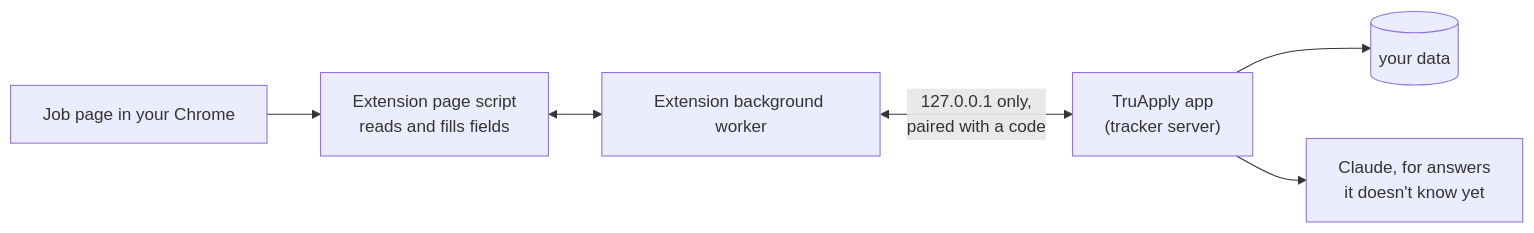
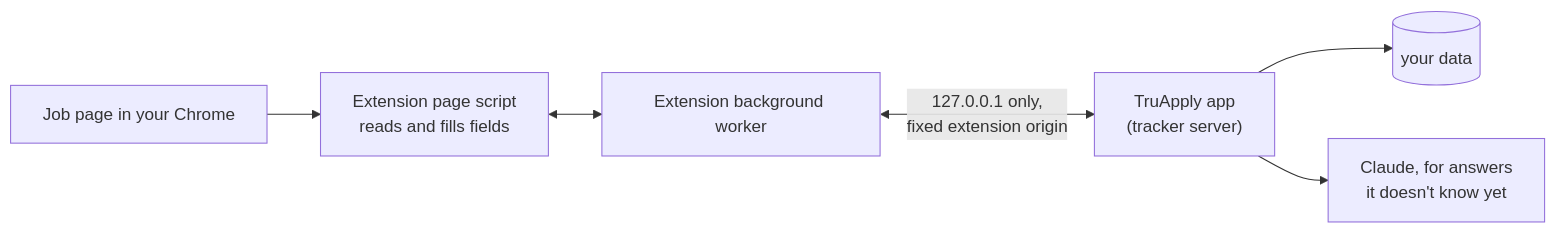
The diagram in docs/extension.md (Avijit07x/truapply), drawn with Mermaid before and after one commit. The commit also changed other lines of this file and 17 other files, not shown here.

````diff
--- a/docs/extension.md
+++ b/docs/extension.md
@@ -29,8 +47,8 @@
 ```mermaid
 flowchart LR
   tab["Job page in your Chrome"] --> content["Extension page script<br/>reads and fills fields"]
   content <--> worker["Extension background worker"]
-  worker <-->|"127.0.0.1 only,<br/>paired with a code"| app["TruApply app<br/>(tracker server)"]
+  worker <-->|"127.0.0.1 only,<br/>fixed extension origin"| app["TruApply app<br/>(tracker server)"]
   app --> db[(your data)]
   app --> ai["Claude, for answers<br/>it doesn't know yet"]
 ```
````
